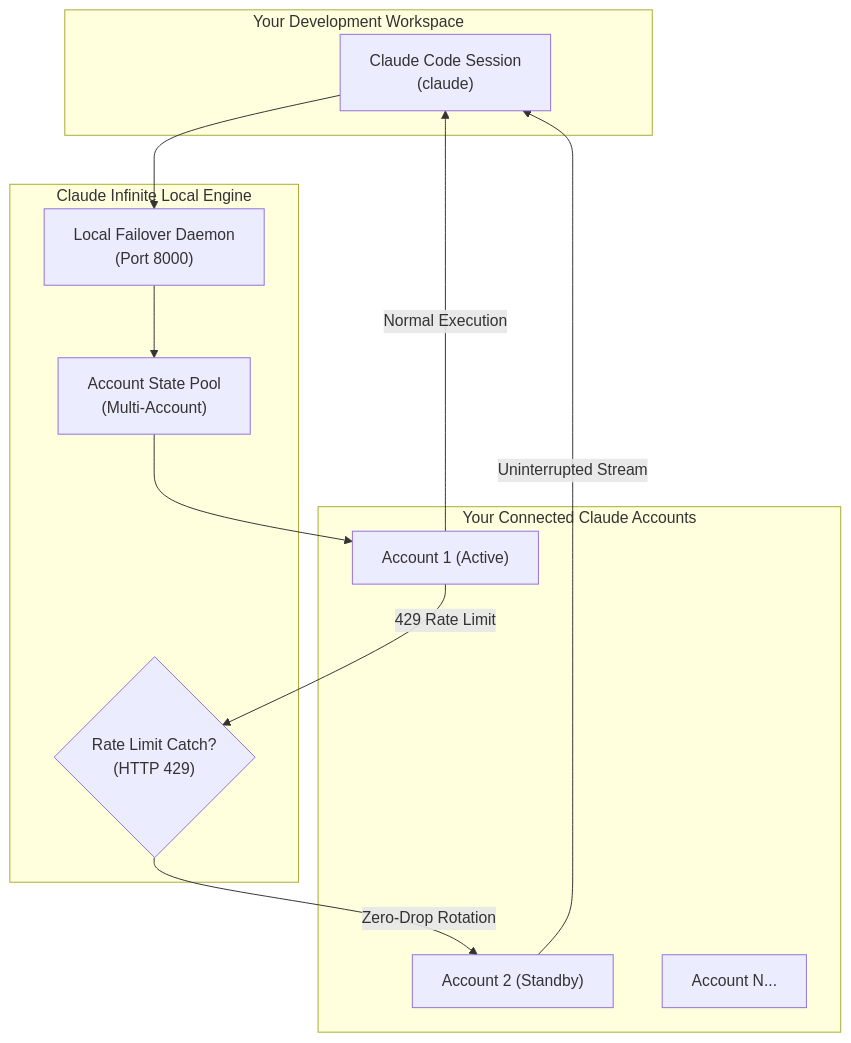
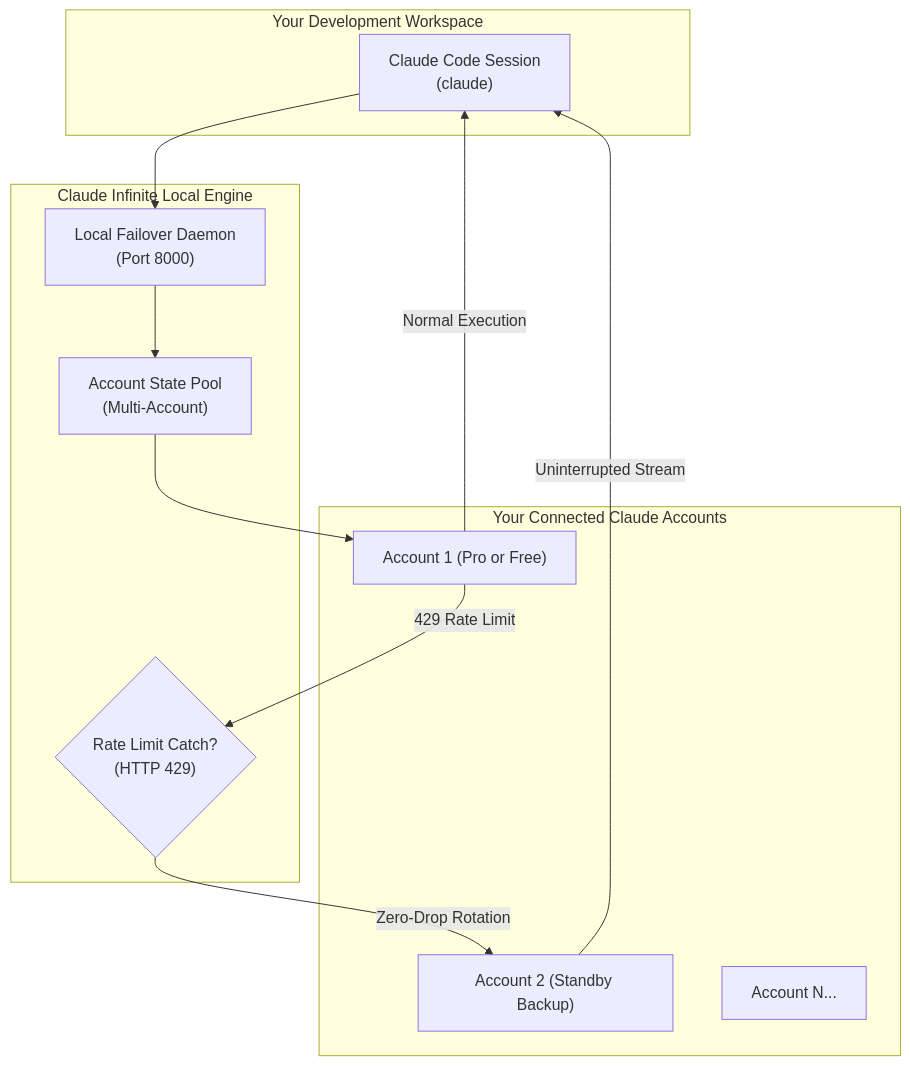
Before and after one commit to Daniyalzahid9/claude-infinite: the diagram in README.md, drawn with Mermaid. The commit also changed other lines of this file and 3 other files, not shown here.

````diff
--- a/README.md
+++ b/README.md
@@ -82,26 +74,26 @@
 ```mermaid
 flowchart TD
     subgraph Client["Your Development Workspace"]
         CLI["Claude Code Session\n(claude)"]
     end
 
     subgraph Hub["Claude Infinite Local Engine"]
         BRIDGE["Local Failover Daemon\n(Port 8000)"]
         ROUTER{"Rate Limit Catch?\n(HTTP 429)"}
         POOL["Account State Pool\n(Multi-Account)"]
     end
 
     subgraph Accounts["Your Connected Claude Accounts"]
-        ACC1["Account 1 (Active)"]
-        ACC2["Account 2 (Standby)"]
+        ACC1["Account 1 (Pro or Free)"]
+        ACC2["Account 2 (Standby Backup)"]
         ACCN["Account N..."]
     end
 
     CLI --> BRIDGE
     BRIDGE --> POOL
     POOL --> ACC1
     ACC1 -->|Normal Execution| CLI
     ACC1 -->|429 Rate Limit| ROUTER
     ROUTER -->|Zero-Drop Rotation| ACC2
     ACC2 -->|Uninterrupted Stream| CLI
 ```
````
